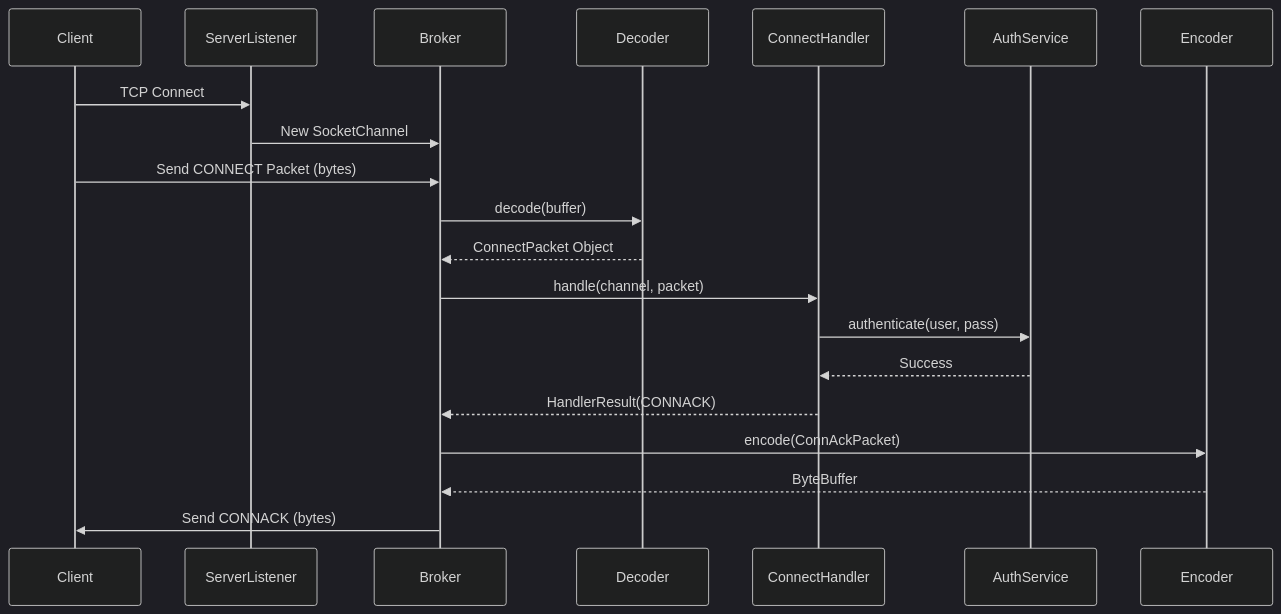
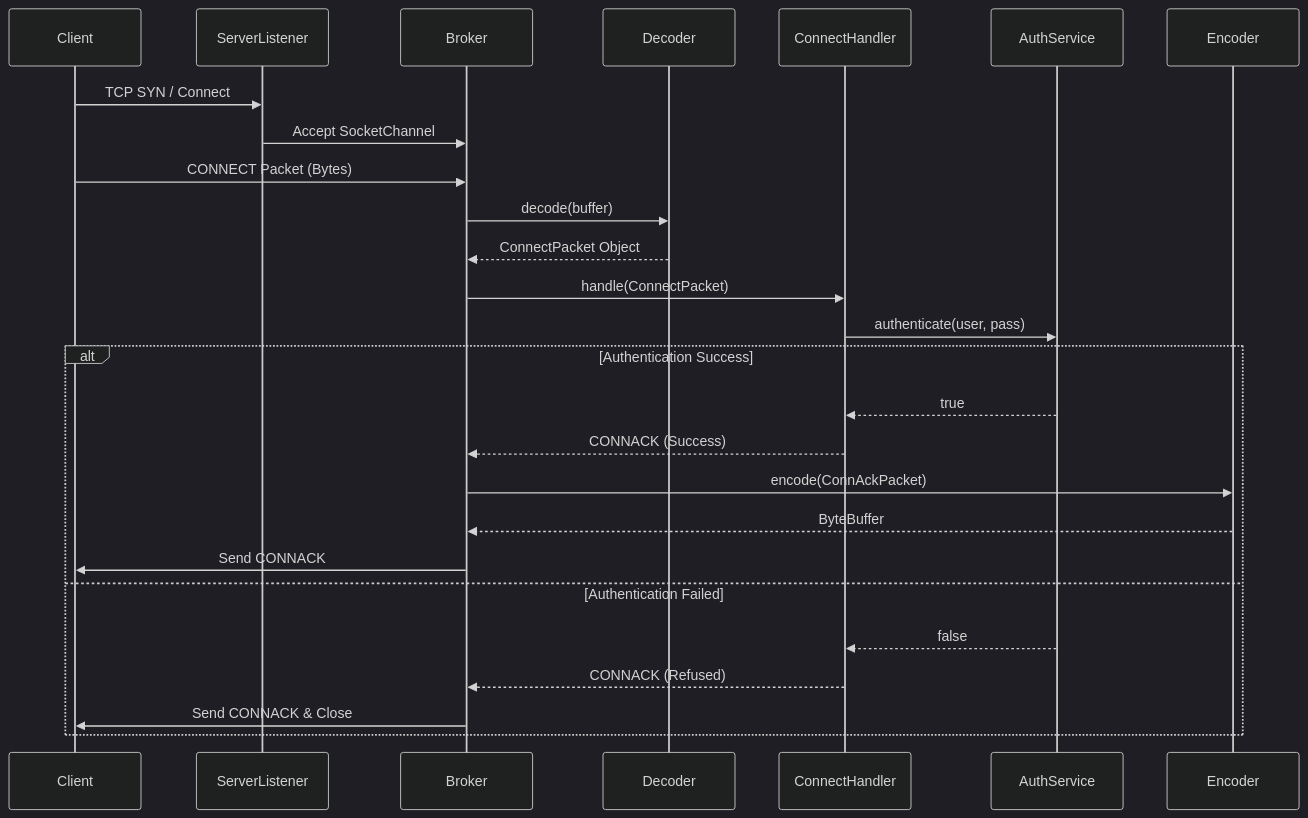
Before and after one commit to karolbystrek/mqtt-broker: the sixth of 7 diagrams in README.md, drawn with Mermaid (dark theme). The commit also changed other lines of this file, not shown here.

````diff
--- a/README.md
+++ b/README.md
@@ -120,23 +209,30 @@
 ```mermaid
 sequenceDiagram
     participant Client
     participant ServerListener
     participant Broker
     participant Decoder
     participant ConnectHandler
     participant AuthService
     participant Encoder
 
-    Client->>ServerListener: TCP Connect
-    ServerListener->>Broker: New SocketChannel
-    Client->>Broker: Send CONNECT Packet (bytes)
+    Client->>ServerListener: TCP SYN / Connect
+    ServerListener->>Broker: Accept SocketChannel
+    Client->>Broker: CONNECT Packet (Bytes)
     Broker->>Decoder: decode(buffer)
     Decoder-->>Broker: ConnectPacket Object
-    Broker->>ConnectHandler: handle(channel, packet)
+    Broker->>ConnectHandler: handle(ConnectPacket)
     ConnectHandler->>AuthService: authenticate(user, pass)
-    AuthService-->>ConnectHandler: Success
-    ConnectHandler-->>Broker: HandlerResult(CONNACK)
-    Broker->>Encoder: encode(ConnAckPacket)
-    Encoder-->>Broker: ByteBuffer
-    Broker->>Client: Send CONNACK (bytes)
+    
+    alt Authentication Success
+        AuthService-->>ConnectHandler: true
+        ConnectHandler-->>Broker: CONNACK (Success)
+        Broker->>Encoder: encode(ConnAckPacket)
+        Encoder-->>Broker: ByteBuffer
+        Broker->>Client: Send CONNACK
+    else Authentication Failed
+        AuthService-->>ConnectHandler: false
+        ConnectHandler-->>Broker: CONNACK (Refused)
+        Broker->>Client: Send CONNACK & Close
+    end
 ```
````
